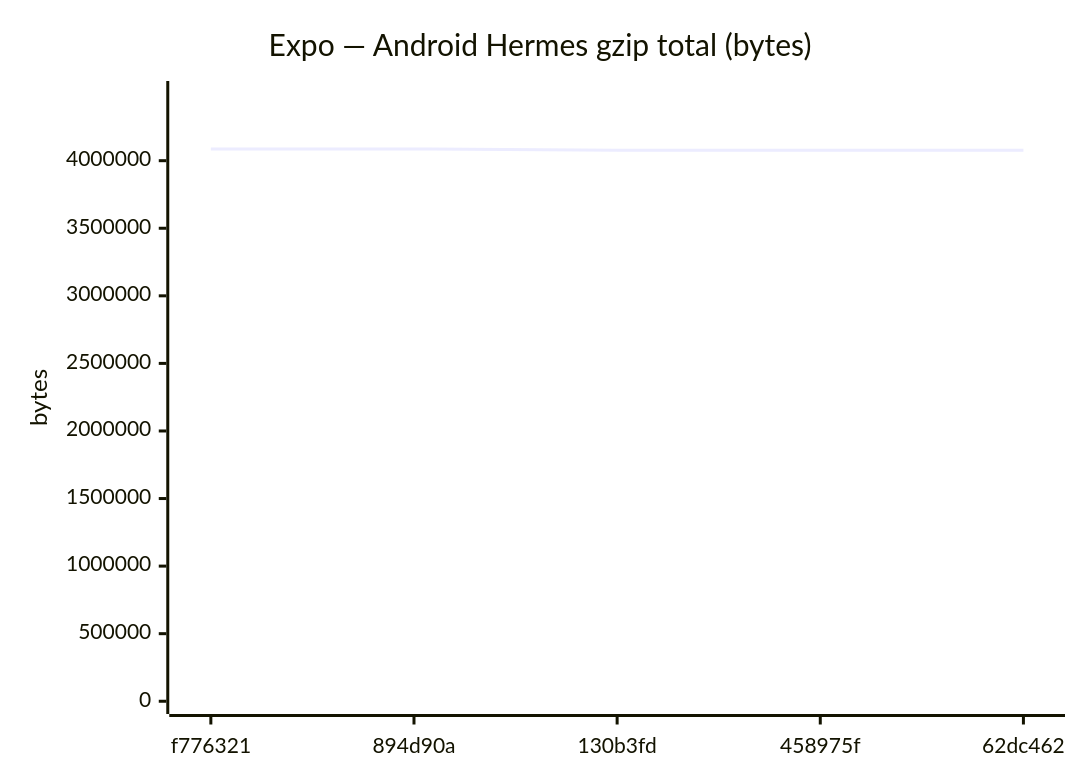
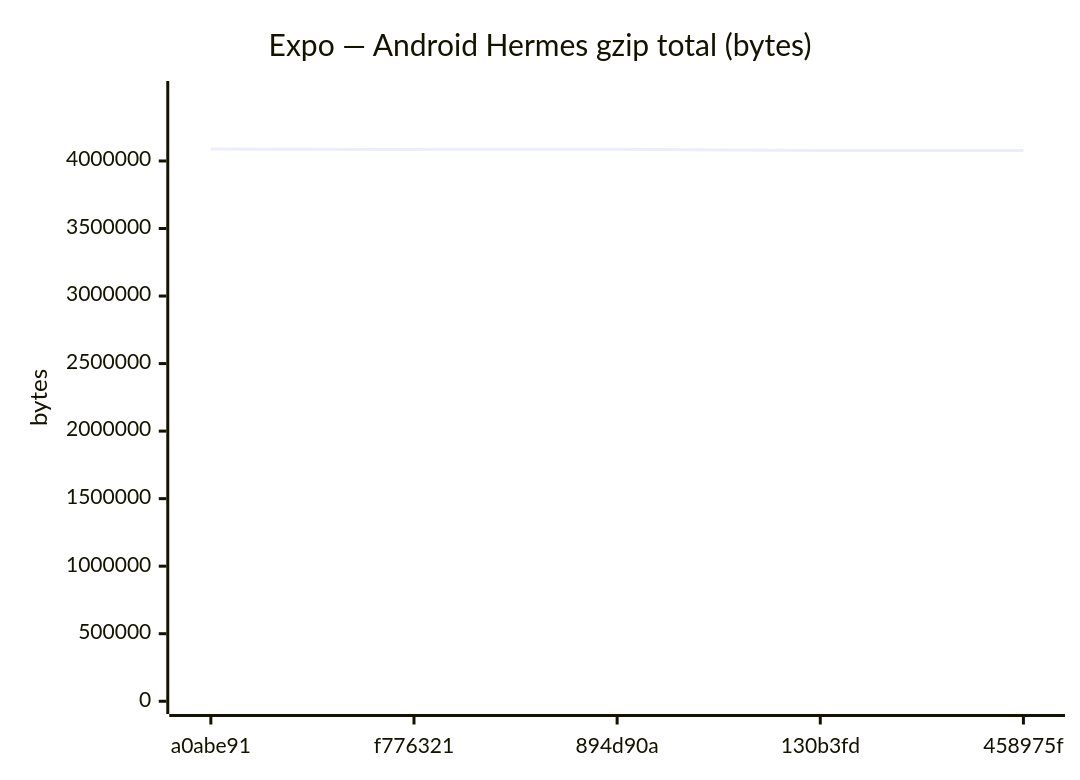
Before and after one commit to Metaheurist/Rianell: diagram 11 of 18 in benchmarks/compare.md, drawn with Mermaid. The commit also changed other lines of this file and 11 other files, not shown here.

````diff
--- a/benchmarks/compare.md
+++ b/benchmarks/compare.md
@@ -172,7 +172,7 @@
 ```mermaid
 xychart-beta
     title "Expo — Android Hermes gzip total (bytes)"
-    x-axis ["f776321", "894d90a", "130b3fd", "458975f", "62dc462"]
-    y-axis "bytes" 0 --> 4495308
-    line [4085830, 4086643, 4077332, 4077341, 4077340]
+    x-axis ["a0abe91", "f776321", "894d90a", "130b3fd", "458975f"]
+    y-axis "bytes" 0 --> 4497694
+    line [4088812, 4085830, 4086643, 4077332, 4077341]
 ```
````
